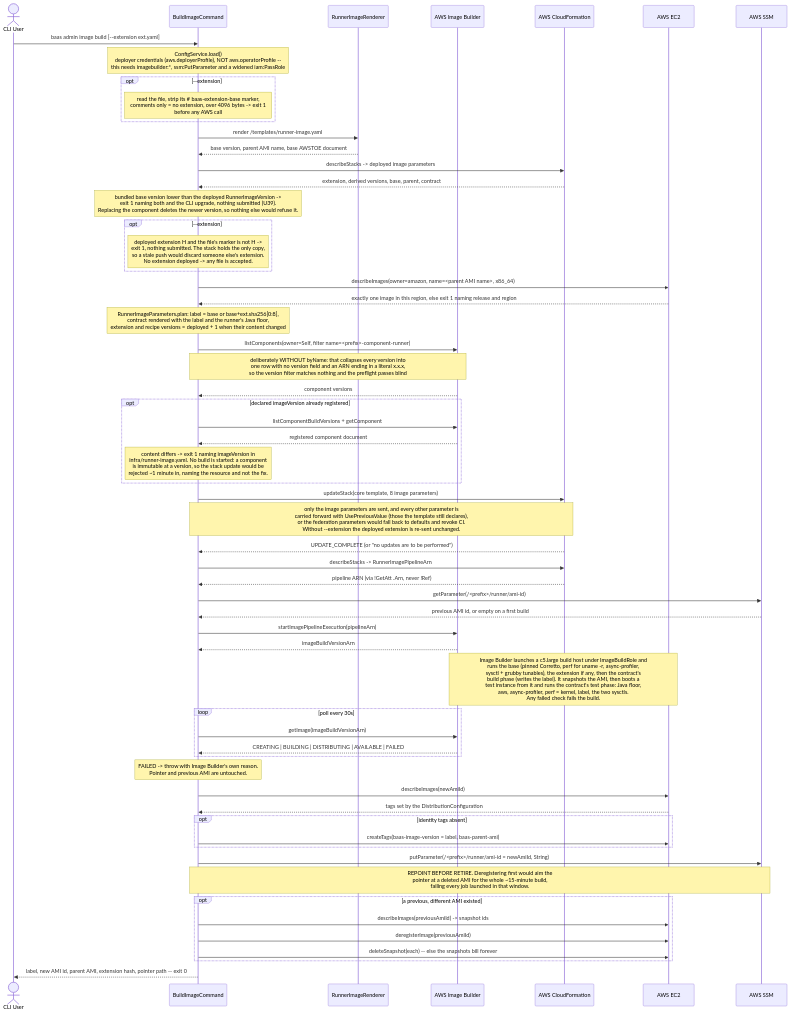
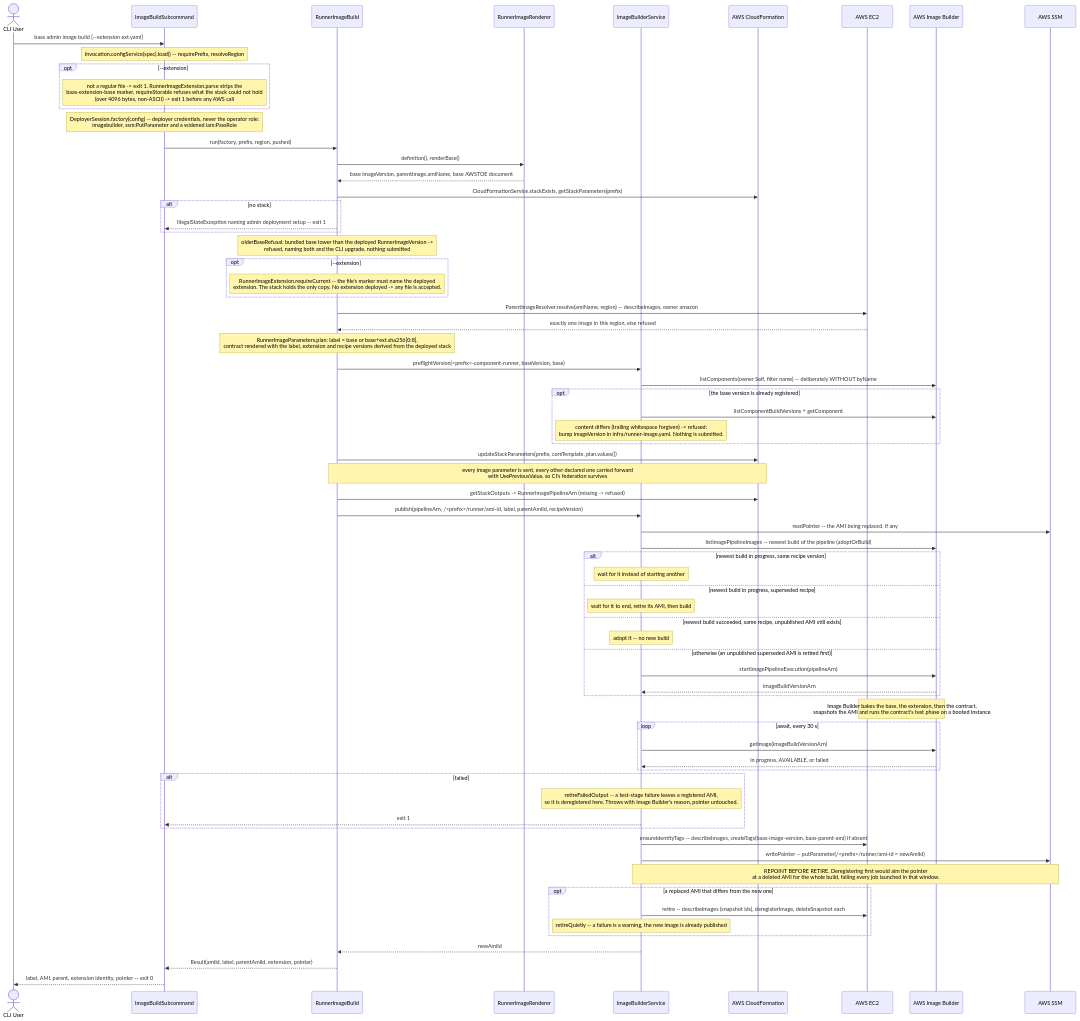
The diagram in docs/diagrams/baas-build-image.mmd (wsztajerowski/benchmark-as-a-service), drawn with Mermaid before and after one commit. The commit also changed 11 other files, not shown here.

First line of the commit message:
docs: redraw the diagrams from the refactored code and re-check every finding

```diff
--- a/docs/diagrams/baas-build-image.mmd
+++ b/docs/diagrams/baas-build-image.mmd
@@ -1,68 +1,76 @@
 sequenceDiagram
     actor User as CLI User
-    participant BIC as BuildImageCommand
+    participant BIC as ImageBuildSubcommand
+    participant RIB as RunnerImageBuild
     participant RIR as RunnerImageRenderer
-    participant IB as AWS Image Builder
+    participant IBS as ImageBuilderService
     participant CF as AWS CloudFormation
     participant EC2 as AWS EC2
+    participant IB as AWS Image Builder
     participant SSM as AWS SSM
 
     User->>BIC: baas admin image build [--extension ext.yaml]
-    Note over BIC: ConfigService.load()<br/>deployer credentials (aws.deployerProfile), NOT aws.operatorProfile --<br/>this needs imagebuilder:*, ssm:PutParameter and a widened iam:PassRole
+    Note over BIC: Invocation.configService(spec).load() -- requirePrefix, resolveRegion
     opt --extension
-        Note over BIC: read the file, strip its #35; baas-extension-base marker,<br/>comments only = no extension, over 4096 bytes -> exit 1<br/>before any AWS call
+        Note over BIC: not a regular file -> exit 1. RunnerImageExtension.parse strips the<br/>baas-extension-base marker, requireStorable refuses what the stack could not hold<br/>(over 4096 bytes, non-ASCII) -> exit 1 before any AWS call
     end
-    BIC->>RIR: render /templates/runner-image.yaml
-    RIR-->>BIC: base version, parent AMI name, base AWSTOE document
+    Note over BIC: DeployerSession.factory(config) -- deployer credentials, never the operator role:<br/>imagebuilder, ssm:PutParameter and a widened iam:PassRole
+    BIC->>RIB: run(factory, prefix, region, pushed)
+    RIB->>RIR: definition(), renderBase()
+    RIR-->>RIB: base imageVersion, parentImage.amiName, base AWSTOE document
 
-    BIC->>CF: describeStacks -> deployed image parameters
-    CF-->>BIC: extension, derived versions, base, parent, contract
-    Note over BIC: bundled base version lower than the deployed RunnerImageVersion -><br/>exit 1 naming both and the CLI upgrade, nothing submitted (U39).<br/>Replacing the component deletes the newer version, so nothing else would refuse it.
+    RIB->>CF: CloudFormationService.stackExists, getStackParameters(prefix)
+    alt no stack
+        RIB-->>BIC: IllegalStateException naming admin deployment setup -- exit 1
+    end
+    Note over RIB: olderBaseRefusal: bundled base lower than the deployed RunnerImageVersion -><br/>refused, naming both and the CLI upgrade, nothing submitted
     opt --extension
-        Note over BIC: deployed extension H and the file's marker is not H -><br/>exit 1, nothing submitted. The stack holds the only copy,<br/>so a stale push would discard someone else's extension.<br/>No extension deployed -> any file is accepted.
+        Note over RIB: RunnerImageExtension.requireCurrent -- the file's marker must name the deployed<br/>extension. The stack holds the only copy. No extension deployed -> any file is accepted.
     end
-    BIC->>EC2: describeImages(owner=amazon, name=<parent AMI name>, x86_64)
-    EC2-->>BIC: exactly one image in this region, else exit 1 naming release and region
-    Note over BIC: RunnerImageParameters.plan: label = base or base+ext.sha256[0:8],<br/>contract rendered with the label and the runner's Java floor,<br/>extension and recipe versions = deployed + 1 when their content changed
+    RIB->>EC2: ParentImageResolver.resolve(amiName, region) -- describeImages, owner amazon
+    EC2-->>RIB: exactly one image in this region, else refused
+    Note over RIB: RunnerImageParameters.plan: label = base or base+ext.sha256[0:8],<br/>contract rendered with the label, extension and recipe versions derived from the deployed stack
 
-    BIC->>IB: listComponents(owner=Self, filter name=<prefix>-component-runner)
-    Note over BIC,IB: deliberately WITHOUT byName: that collapses every version into<br/>one row with no version field and an ARN ending in a literal x.x.x,<br/>so the version filter matches nothing and the preflight passes blind
-    IB-->>BIC: component versions
-    opt declared imageVersion already registered
-        BIC->>IB: listComponentBuildVersions + getComponent
-        IB-->>BIC: registered component document
-        Note over BIC: content differs -> exit 1 naming imageVersion in<br/>infra/runner-image.yaml. No build is started: a component<br/>is immutable at a version, so the stack update would be<br/>rejected ~1 minute in, naming the resource and not the fix.
+    RIB->>IBS: preflightVersion(<prefix>-component-runner, baseVersion, base)
+    IBS->>IB: listComponents(owner Self, filter name) -- deliberately WITHOUT byName
+    opt the base version is already registered
+        IBS->>IB: listComponentBuildVersions + getComponent
+        Note over IBS: content differs (trailing whitespace forgiven) -> refused:<br/>bump imageVersion in infra/runner-image.yaml. Nothing is submitted.
     end
 
-    BIC->>CF: updateStack(core template, 8 image parameters)
-    Note over BIC,CF: only the image parameters are sent, and every other parameter is<br/>carried forward with UsePreviousValue (those the template still declares),<br/>or the federation parameters would fall back to defaults and revoke CI.<br/>Without --extension the deployed extension is re-sent unchanged.
-    CF-->>BIC: UPDATE_COMPLETE (or "no updates are to be performed")
-    BIC->>CF: describeStacks -> RunnerImagePipelineArn
-    CF-->>BIC: pipeline ARN (via !GetAtt .Arn, never !Ref)
+    RIB->>CF: updateStackParameters(prefix, coreTemplate, plan.values())
+    Note over RIB,CF: every image parameter is sent, every other declared one carried forward<br/>with UsePreviousValue, so CI's federation survives
+    RIB->>CF: getStackOutputs -> RunnerImagePipelineArn (missing -> refused)
 
-    BIC->>SSM: getParameter(/<prefix>/runner/ami-id)
-    SSM-->>BIC: previous AMI id, or empty on a first build
-
-    BIC->>IB: startImagePipelineExecution(pipelineArn)
-    IB-->>BIC: imageBuildVersionArn
-    Note over IB,EC2: Image Builder launches a c5.large build host under ImageBuildRole and<br/>runs the base (pinned Corretto, perf for uname -r, async-profiler,<br/>sysctl + grubby tunables), the extension if any, then the contract's<br/>build phase (writes the label). It snapshots the AMI, then boots a<br/>test instance from it and runs the contract's test phase: Java floor,<br/>aws, async-profiler, perf = kernel, label, the two sysctls.<br/>Any failed check fails the build.
-    loop poll every 30s
-        BIC->>IB: getImage(imageBuildVersionArn)
-        IB-->>BIC: CREATING | BUILDING | DISTRIBUTING | AVAILABLE | FAILED
+    RIB->>IBS: publish(pipelineArn, /<prefix>/runner/ami-id, label, parentAmiId, recipeVersion)
+    IBS->>SSM: readPointer -- the AMI being replaced, if any
+    IBS->>IB: listImagePipelineImages -- newest build of the pipeline (adoptOrBuild)
+    alt newest build in progress, same recipe version
+        Note over IBS: wait for it instead of starting another
+    else newest build in progress, superseded recipe
+        Note over IBS: wait for it to end, retire its AMI, then build
+    else newest build succeeded, same recipe, unpublished AMI still exists
+        Note over IBS: adopt it -- no new build
+    else otherwise (an unpublished superseded AMI is retired first)
+        IBS->>IB: startImagePipelineExecution(pipelineArn)
+        IB-->>IBS: imageBuildVersionArn
     end
-    Note over BIC: FAILED -> throw with Image Builder's own reason.<br/>Pointer and previous AMI are untouched.
-
-    BIC->>EC2: describeImages(newAmiId)
-    EC2-->>BIC: tags set by the DistributionConfiguration
-    opt identity tags absent
-        BIC->>EC2: createTags(baas-image-version = label, baas-parent-ami)
+    Note over IB,EC2: Image Builder bakes the base, the extension, then the contract,<br/>snapshots the AMI and runs the contract's test phase on a booted instance
+    loop await, every 30 s
+        IBS->>IB: getImage(imageBuildVersionArn)
+        IB-->>IBS: in progress, AVAILABLE, or failed
     end
-
-    BIC->>SSM: putParameter(/<prefix>/runner/ami-id = newAmiId, String)
-    Note over BIC,SSM: REPOINT BEFORE RETIRE. Deregistering first would aim the<br/>pointer at a deleted AMI for the whole ~15-minute build,<br/>failing every job launched in that window.
-    opt a previous, different AMI existed
-        BIC->>EC2: describeImages(previousAmiId) -> snapshot ids
-        BIC->>EC2: deregisterImage(previousAmiId)
-        BIC->>EC2: deleteSnapshot(each) -- else the snapshots bill forever
+    alt failed
+        Note over IBS: retireFailedOutput -- a test-stage failure leaves a registered AMI,<br/>so it is deregistered here. Throws with Image Builder's reason, pointer untouched.
+        IBS-->>BIC: exit 1
     end
-    BIC-->>User: label, new AMI id, parent AMI, extension hash, pointer path -- exit 0
+    IBS->>EC2: ensureIdentityTags -- describeImages, createTags(baas-image-version, baas-parent-ami) if absent
+    IBS->>SSM: writePointer -- putParameter(/<prefix>/runner/ami-id = newAmiId)
+    Note over IBS,SSM: REPOINT BEFORE RETIRE. Deregistering first would aim the pointer<br/>at a deleted AMI for the whole build, failing every job launched in that window.
+    opt a replaced AMI that differs from the new one
+        IBS->>EC2: retire -- describeImages (snapshot ids), deregisterImage, deleteSnapshot each
+        Note over IBS: retireQuietly -- a failure is a warning, the new image is already published
+    end
+    IBS-->>RIB: newAmiId
+    RIB-->>BIC: Result(amiId, label, parentAmiId, extension, pointer)
+    BIC-->>User: label, AMI, parent, extension identity, pointer -- exit 0
```
